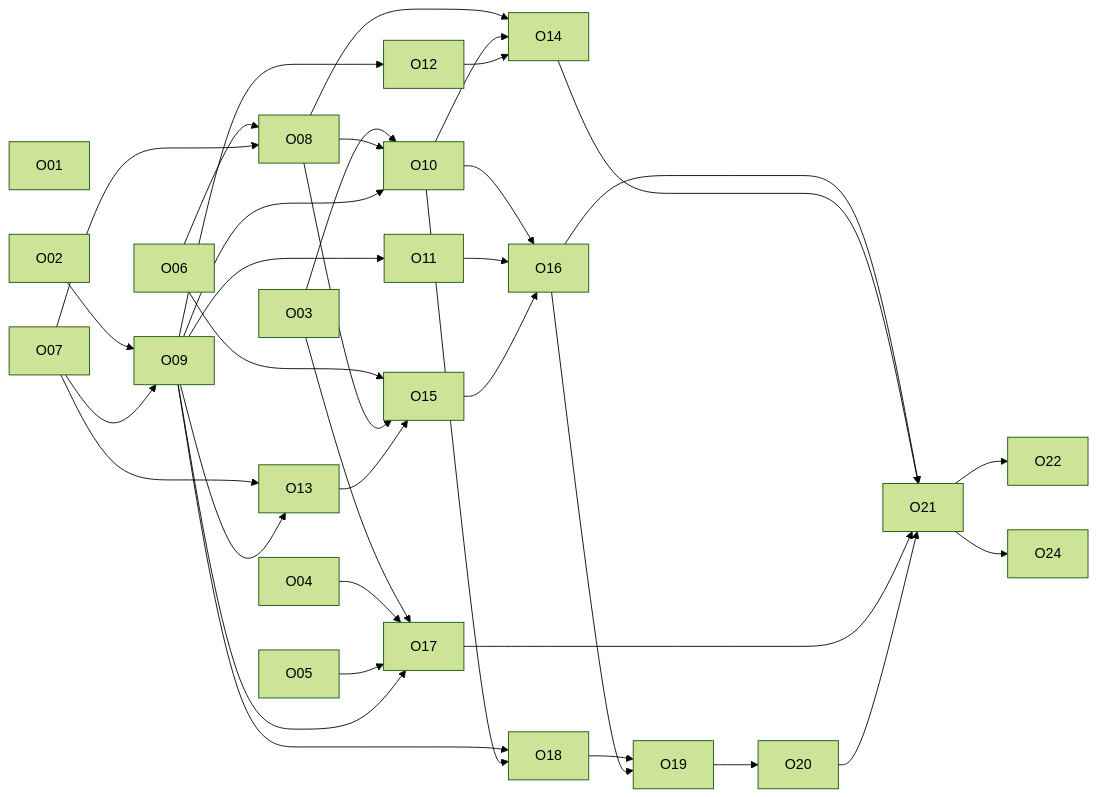
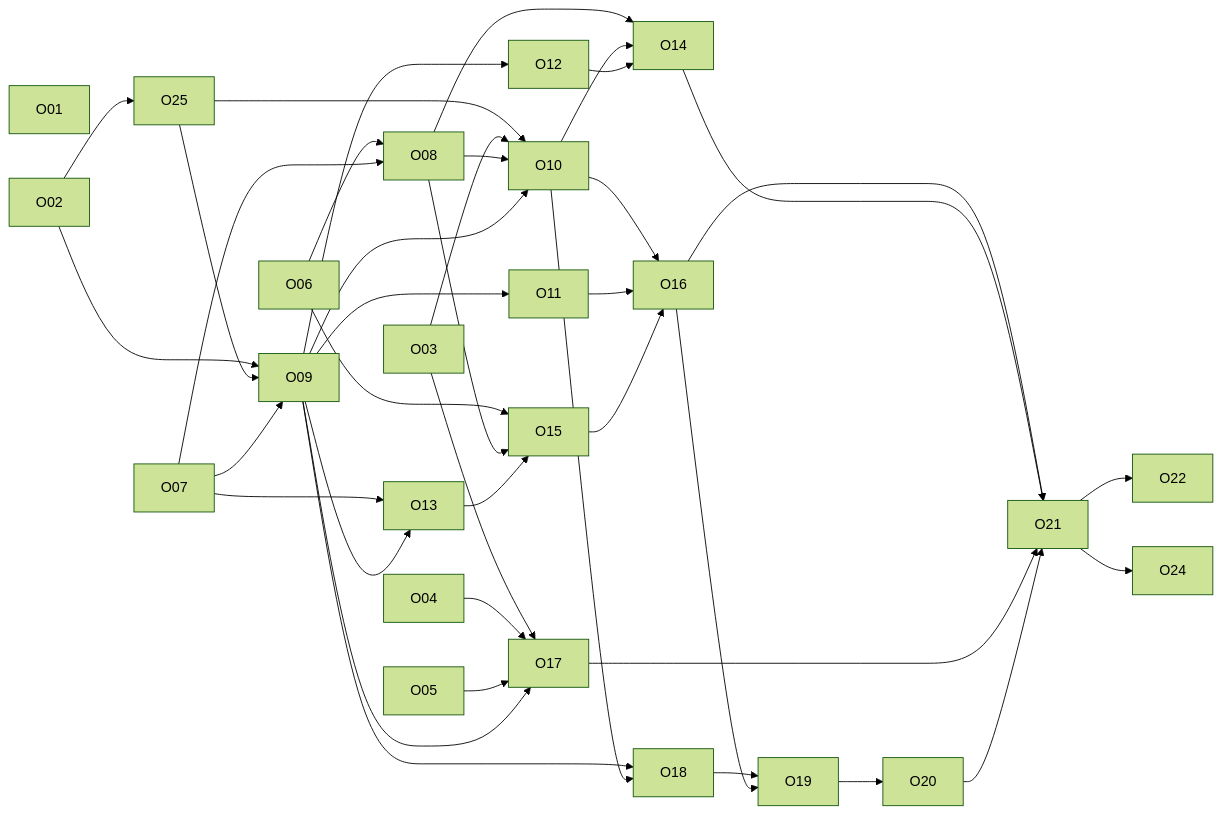
Before and after one commit to ukyi-app/homelab: the second of 2 diagrams in docs/plans/2026-11-13-olive/spec.md, drawn with Mermaid (forest theme). The commit also changed other lines of this file and 12 other files, not shown here.

````diff
--- a/docs/plans/2026-11-13-olive/spec.md
+++ b/docs/plans/2026-11-13-olive/spec.md
@@ -548,39 +556,42 @@
 ```mermaid
 flowchart LR
     O01
     O02 --> O09
+    O02 --> O25
+    O25 --> O09
+    O25 --> O10
     O07 --> O09
     O06 --> O08
     O07 --> O08
     O07 --> O13
     O03 --> O10
     O08 --> O10
     O09 --> O10
     O09 --> O11
     O09 --> O12
     O09 --> O13
     O08 --> O14
     O10 --> O14
     O12 --> O14
     O06 --> O15
     O08 --> O15
     O13 --> O15
     O10 --> O16
     O11 --> O16
     O15 --> O16
     O03 --> O17
     O04 --> O17
     O05 --> O17
     O09 --> O17
     O09 --> O18
     O10 --> O18
     O18 --> O19
     O16 --> O19
     O19 --> O20
     O16 --> O21
     O14 --> O21
     O17 --> O21
     O20 --> O21
     O21 --> O22
     O21 --> O24
 ```
````
